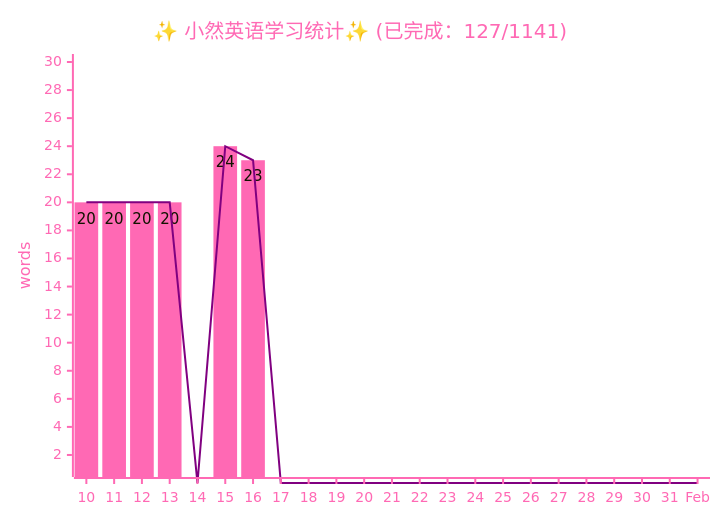
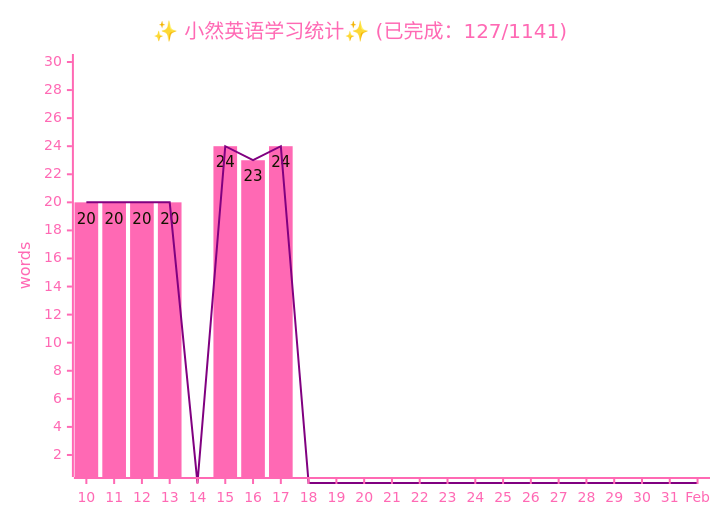
The diagram in docs/life-lessons/xiaoran/2026-xiaoran.md (zsh-rc/zsh-rc.github.io), drawn with Mermaid before and after one commit. The commit also changed 45 other files, not shown here.

```diff
--- a/docs/life-lessons/xiaoran/2026-xiaoran.md
+++ b/docs/life-lessons/xiaoran/2026-xiaoran.md
@@ -11,25 +11,25 @@
 ~~~mermaid
 ---
 config:
     xyChart:
         showDataLabel: true
     themeVariables:
         xyChart:
             titleColor: "#FF69B4"
             xAxisTitleColor: "#FF69B4"
             xAxisLabelColor: "#FF69B4"
             xAxisLineColor: "#FF69B4"
             xAxisTickColor: "#FF69B4"
             yAxisLabelColor: "#FF69B4"
             yAxisTitleColor: "#FF69B4"
             yAxisLineColor: "#FF69B4"
             yAxisTickColor: "#FF69B4"
             plotColorPalette: '#FF69B4, #800080'
 ---
 xychart
     title "✨ 小然英语学习统计✨ (已完成：127/1141)"
     y-axis "words" 1 --> 30
     x-axis [10, 11, 12, 13, 14, 15, 16, 17, 18, 19, 20,21,22,23,24,25,26,27,28,29,30,31,Feb]
-    bar    [20, 20, 20, 20, 0,  24, 23,  0,  0,  0,  0, 0, 0, 0, 0, 0, 0, 0, 0, 0, 0, 0, 0 ,0]
-    line   [20, 20, 20, 20, 0,  24, 23,  0,  0,  0,  0, 0, 0, 0, 0, 0, 0, 0, 0, 0, 0, 0, 0 ,0]
+    bar    [20, 20, 20, 20, 0,  24, 23,  24,  0,  0,  0, 0, 0, 0, 0, 0, 0, 0, 0, 0, 0, 0, 0 ,0]
+    line   [20, 20, 20, 20, 0,  24, 23,  24,  0,  0,  0, 0, 0, 0, 0, 0, 0, 0, 0, 0, 0, 0, 0 ,0]
 ~~~
```
